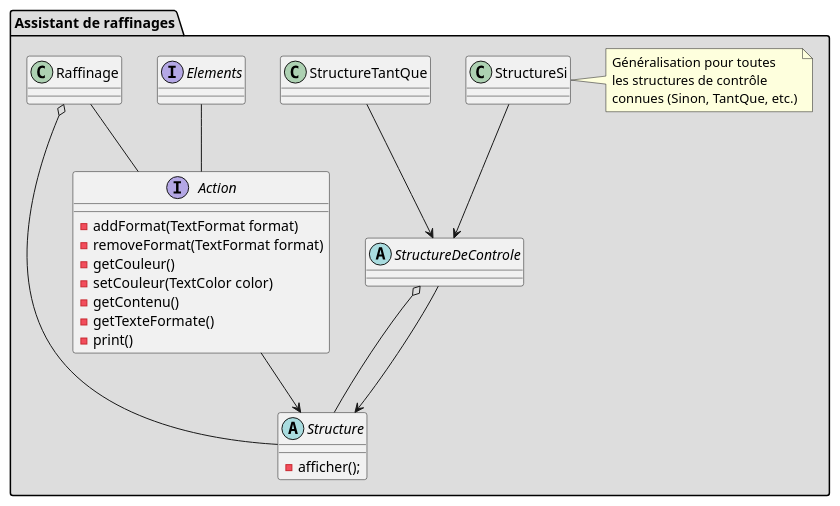
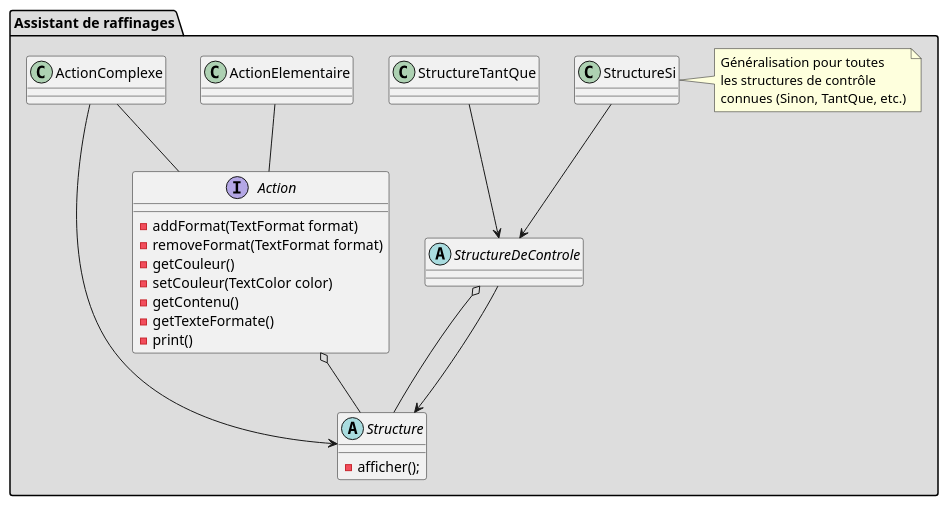
One commit to newtondotcom/RaffIDE changed the diagram in uml.md. Above: the diagram before and after it, drawn with PlantUML. The commit also changed 2 other files, not shown here.

````diff
--- a/uml.md
+++ b/uml.md
@@ -3,57 +3,57 @@
 ```plantuml
 @startuml
 package "Assistant de raffinages" #DDDDDD {
 
     abstract Structure {
         - afficher();
     }
 
     interface Action {
         - addFormat(TextFormat format)
         - removeFormat(TextFormat format)
         - getCouleur()
         - setCouleur(TextColor color)
         - getContenu()
         - getTexteFormate()
         - print()
     }
 
     abstract StructureDeControle {
 
     }
 
-    interface Elements {
+    class ActionElementaire {
     }
 
-    class Raffinage {
+    class ActionComplexe {
 
     }
 
     class StructureSi {
 
     }
 
     class StructureTantQue {
 
     }
 
     note right of StructureSi
         Généralisation pour toutes 
         les structures de contrôle 
         connues (Sinon, TantQue, etc.)
     end note
 
 
-    Raffinage o-- Structure
+    Action o-- Structure
     StructureDeControle o-- Structure
     StructureTantQue-->StructureDeControle
     StructureSi--> StructureDeControle
-    Action-->Structure
+    ActionComplexe-->Structure
     StructureDeControle-->Structure
-    Elements--Action
-    Raffinage --Action
+    ActionElementaire--Action
+    ActionComplexe --Action
 
 
 }
 @enduml
 ```
````
